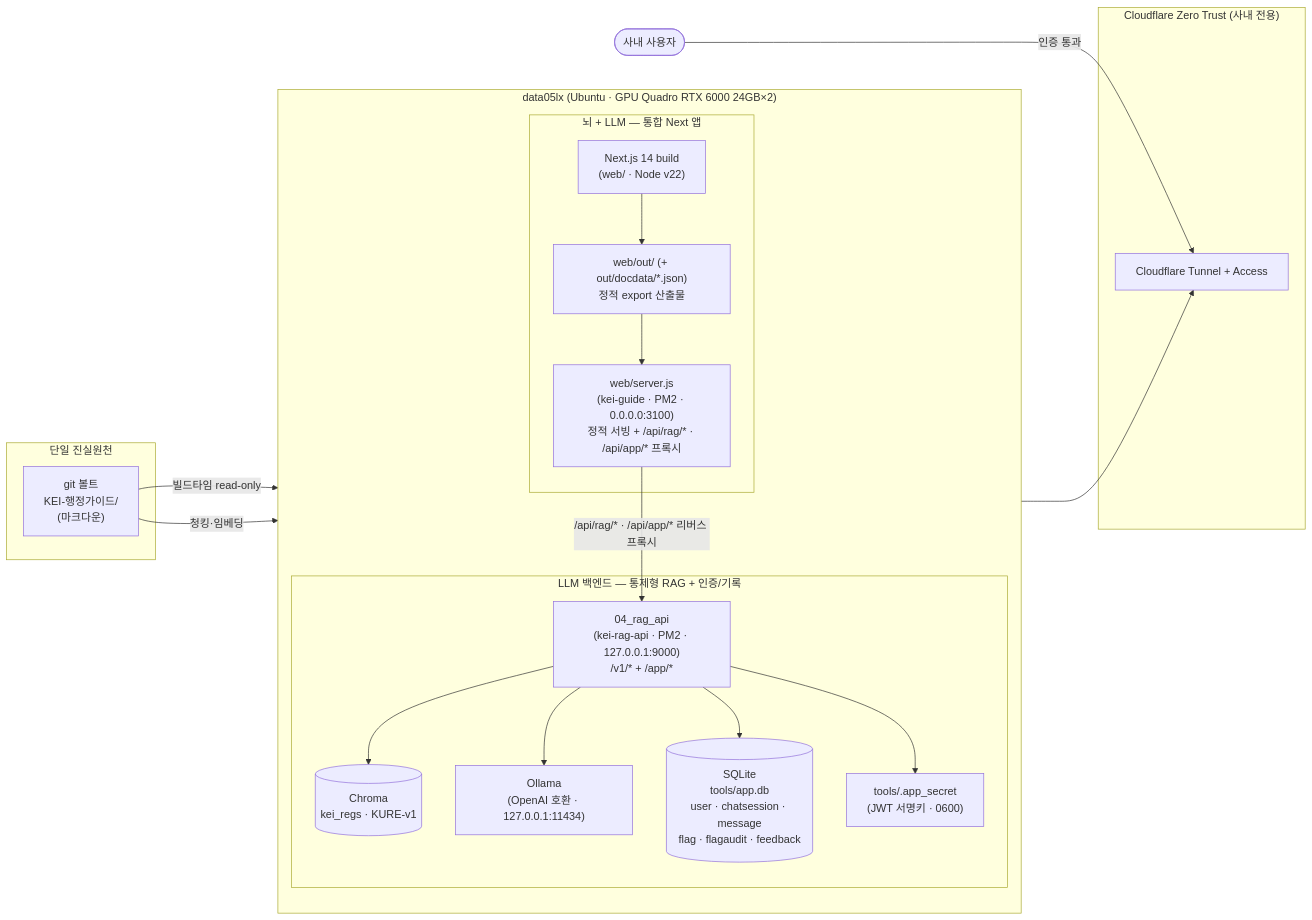
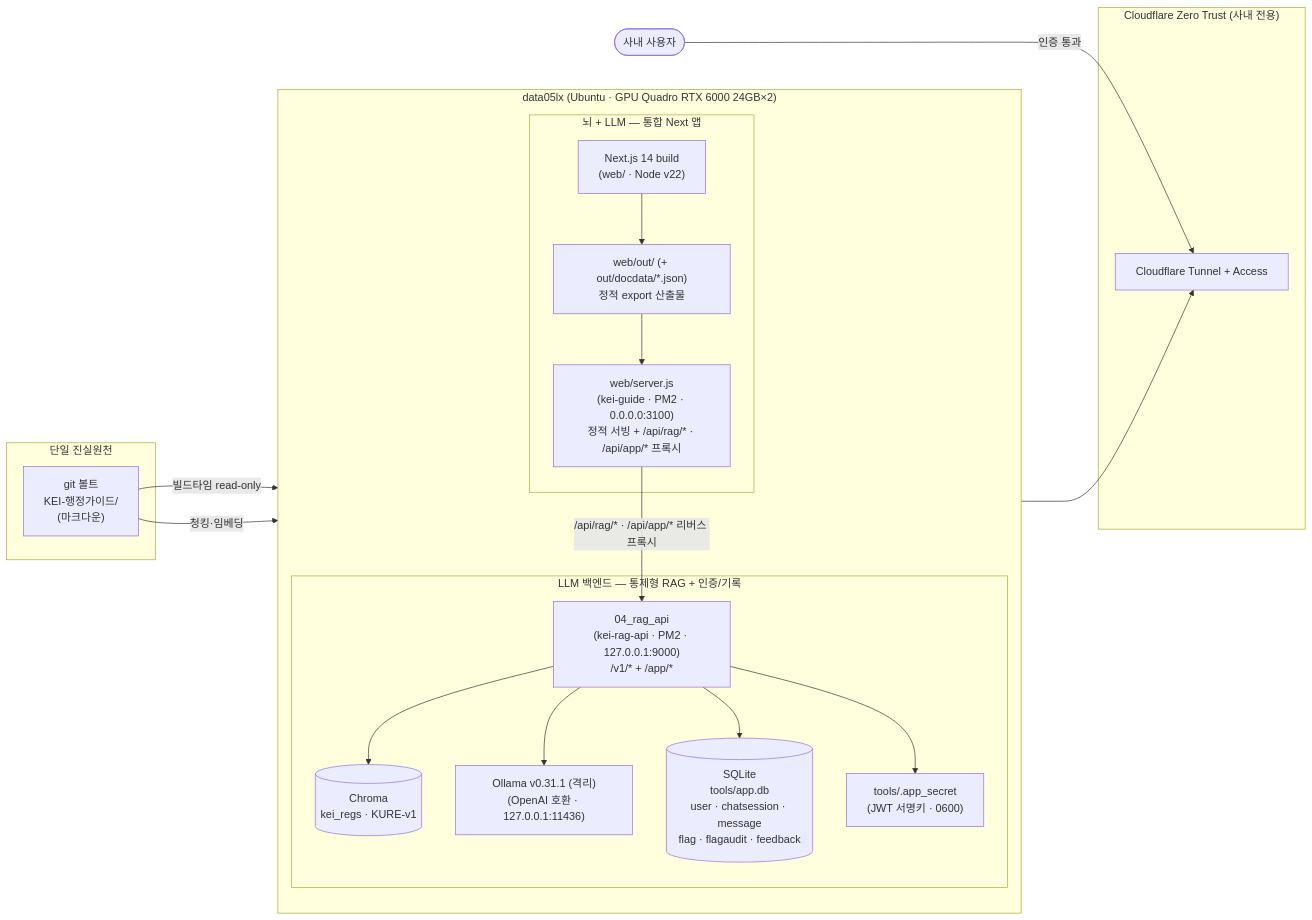
Before and after one commit to mooner92/KEIAdminSuperv: the first of 4 diagrams in docs/06-deployment.md, drawn with Mermaid. The commit also changed other lines of this file and 17 other files, not shown here.

````diff
--- a/docs/06-deployment.md
+++ b/docs/06-deployment.md
@@ -12,42 +12,42 @@
 ```mermaid
 flowchart LR
     subgraph SoT["단일 진실원천"]
         VAULT["git 볼트<br/>KEI-행정가이드/<br/>(마크다운)"]
     end
 
     subgraph HOST["data05lx (Ubuntu · GPU Quadro RTX 6000 24GB×2)"]
         direction TB
 
         subgraph BRAIN["뇌 + LLM — 통합 Next 앱"]
             NBUILD["Next.js 14 build<br/>(web/ · Node v22)"]
             OUT["web/out/ (+ out/docdata/*.json)<br/>정적 export 산출물"]
             SERVER["web/server.js<br/>(kei-guide · PM2 · 0.0.0.0:3100)<br/>정적 서빙 + /api/rag/* · /api/app/* 프록시"]
             NBUILD --> OUT --> SERVER
         end
 
         subgraph SECRETARY["LLM 백엔드 — 통제형 RAG + 인증/기록"]
             RAGAPI["04_rag_api<br/>(kei-rag-api · PM2 · 127.0.0.1:9000)<br/>/v1/* + /app/*"]
             CHROMA[("Chroma<br/>kei_regs · KURE-v1")]
-            OLLAMA["Ollama<br/>(OpenAI 호환 · 127.0.0.1:11434)"]
+            OLLAMA["Ollama v0.31.1 (격리)<br/>(OpenAI 호환 · 127.0.0.1:11436)"]
             APPDB[("SQLite<br/>tools/app.db<br/>user · chatsession · message<br/>flag · flagaudit · feedback")]
             SECRET["tools/.app_secret<br/>(JWT 서명키 · 0600)"]
             RAGAPI --> CHROMA
             RAGAPI --> OLLAMA
             RAGAPI --> APPDB
             RAGAPI --> SECRET
         end
 
         SERVER -->|/api/rag/* · /api/app/* 리버스 프록시| RAGAPI
     end
 
     subgraph CF["Cloudflare Zero Trust (사내 전용)"]
         TUNNEL["Cloudflare Tunnel + Access"]
     end
 
     VAULT -->|빌드타임 read-only| NBUILD
     VAULT -->|청킹·임베딩| CHROMA
 
     SERVER --> TUNNEL
 
     USER(["사내 사용자"]) -->|인증 통과| TUNNEL
 ```
````
